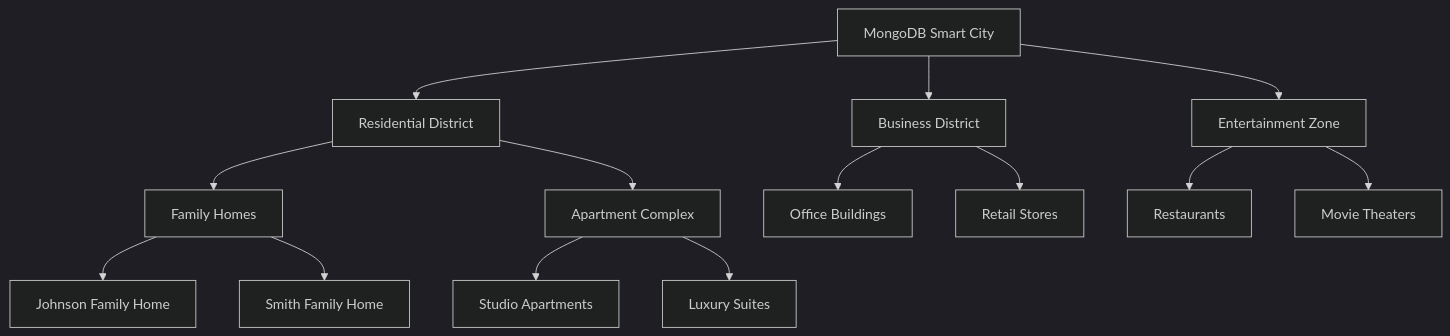
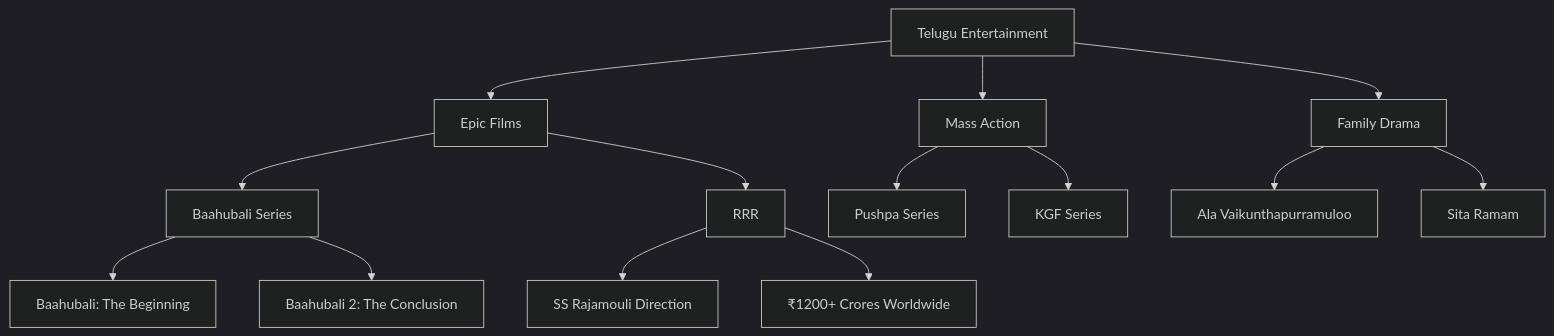
One commit to viswanathsandu/QuickGuides changed the first of 11 diagrams in mongodb-nature-guide.md. Above: the diagram before and after it, drawn with Mermaid (dark theme). The commit also changed other lines of this file, not shown here.

````diff
--- a/mongodb-nature-guide.md
+++ b/mongodb-nature-guide.md
@@ -56,21 +61,21 @@
 ```mermaid
 graph TB
-    A[MongoDB Smart City] --> B[Residential District]
-    A --> C[Business District]
-    A --> D[Entertainment Zone]
+    A[Telugu Entertainment] --> B[Epic Films]
+    A --> C[Mass Action]
+    A --> D[Family Drama]
     
-    B --> E[Family Homes]
-    B --> F[Apartment Complex]
+    B --> E[Baahubali Series]
+    B --> F[RRR]
     
-    C --> G[Office Buildings]
-    C --> H[Retail Stores]
+    C --> G[Pushpa Series]
+    C --> H[KGF Series]
     
-    D --> I[Restaurants]
-    D --> J[Movie Theaters]
+    D --> I[Ala Vaikunthapurramuloo]
+    D --> J[Sita Ramam]
     
-    E --> K[Johnson Family Home]
-    E --> L[Smith Family Home]
+    E --> K[Baahubali: The Beginning]
+    E --> L[Baahubali 2: The Conclusion]
     
-    F --> M[Studio Apartments]
-    F --> N[Luxury Suites]
+    F --> M[SS Rajamouli Direction]
+    F --> N[₹1200+ Crores Worldwide]
 ```
````
